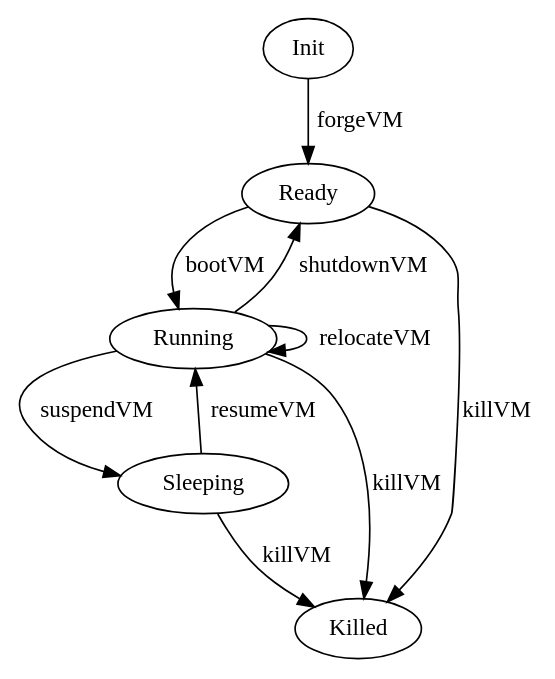
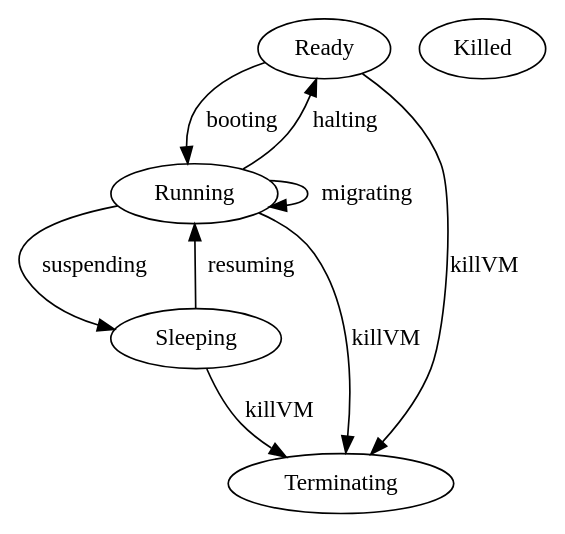
The diagram in doc/VMlifeCycle.dot (btrplace/scheduler), drawn with Graphviz before and after one commit. The commit also changed 14 other files, not shown here.

```diff
--- a/doc/VMlifeCycle.dot
+++ b/doc/VMlifeCycle.dot
@@ -1,18 +1,16 @@
 digraph G{
-	Init
 	Ready
 	Running
 	Sleeping
 	Killed
 
-	Init -> Ready [label="forgeVM"]
-	Ready -> Running [label="bootVM"]
-	Running -> Running [label="relocateVM"]
-	Running -> Sleeping [label="suspendVM"]
-	Sleeping -> Running [label="resumeVM"]
-	Running -> Ready [label="shutdownVM"]
-	
-	Ready -> Killed [label="killVM"]
-	Running -> Killed [label="killVM"]
-	Sleeping -> Killed [label="killVM"]
+	Ready -> Running [label="booting"]
+	Running -> Running [label="migrating"]
+	Running -> Sleeping [label="suspending"]
+	Sleeping -> Running [label="resuming"]
+	Running -> Ready [label="halting"]
+
+	Ready -> Terminating [label="killVM"]
+	Running -> Terminating [label="killVM"]
+	Sleeping -> Terminating [label="killVM"]
 }
```
